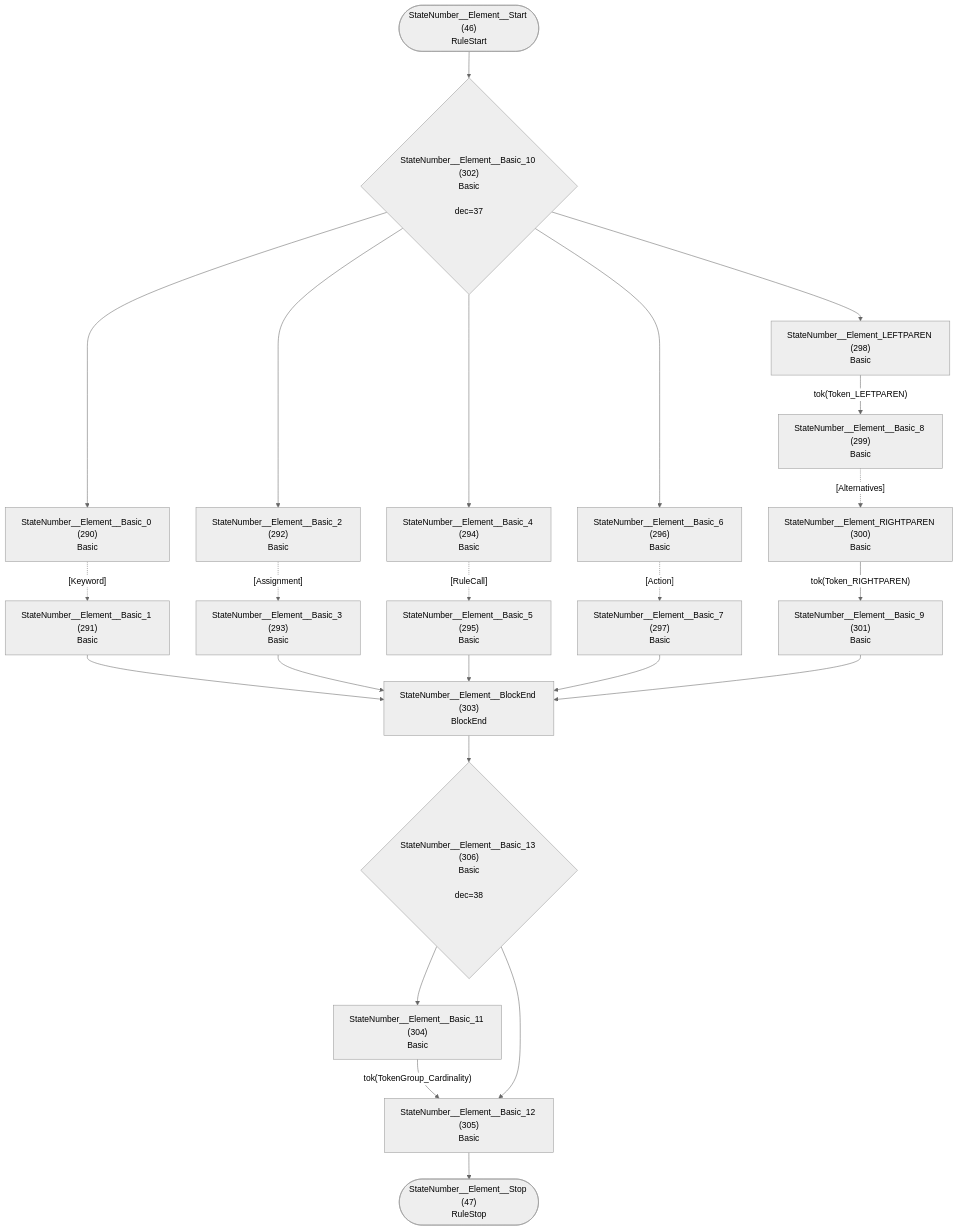
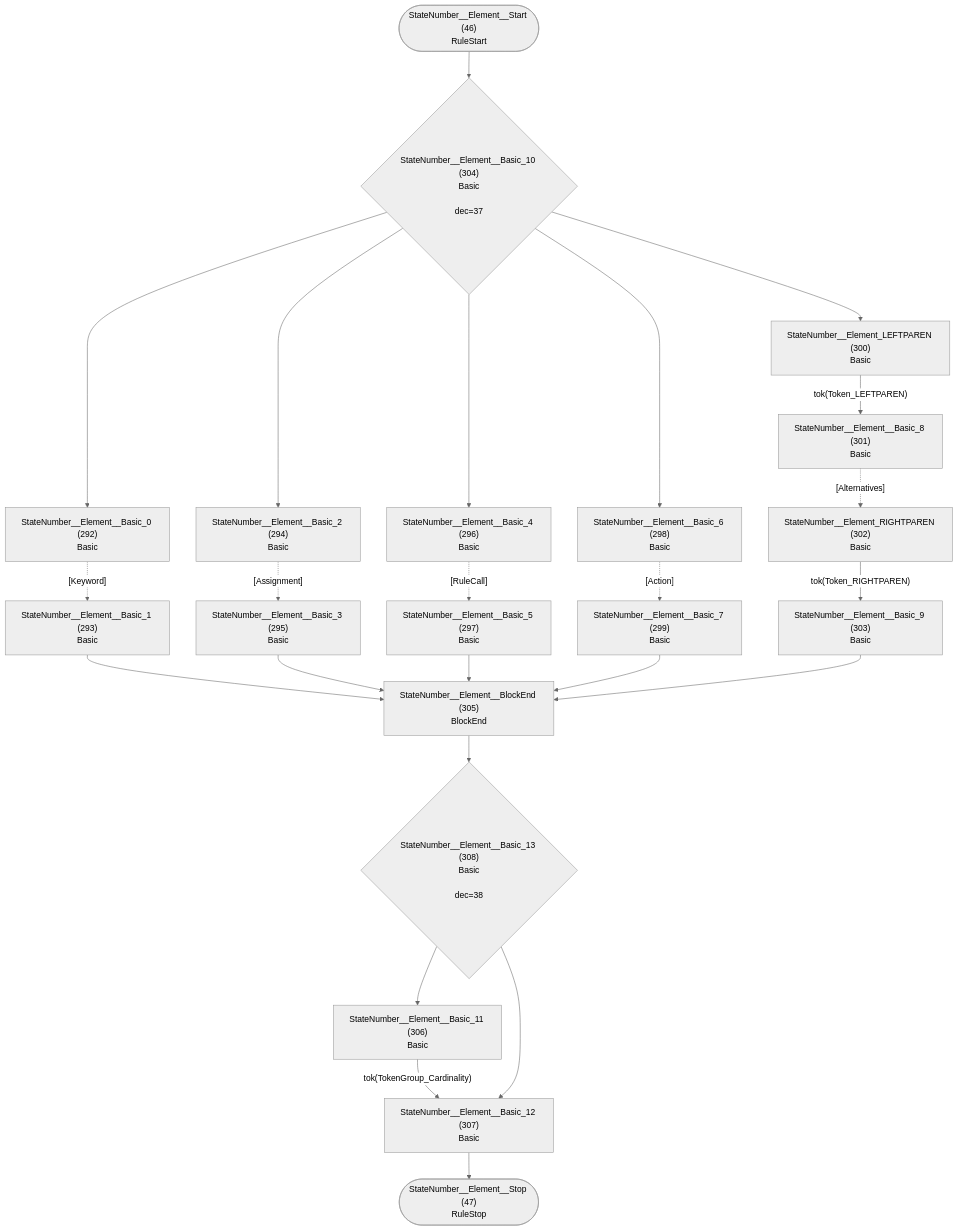
One commit to TypeFox/fastbelt changed diagram 24 of 36 in internal/grammar/atn.md. Above: the diagram before and after it, drawn with Mermaid (neutral theme). The commit also changed other lines of this file and 11 other files, not shown here.

````diff
--- a/internal/grammar/atn.md
+++ b/internal/grammar/atn.md
@@ -719,46 +723,46 @@
 ```mermaid
 flowchart TD
     q46(["StateNumber__Element__Start (46)<br/>RuleStart"])
     q47(["StateNumber__Element__Stop (47)<br/>RuleStop"])
-    q290["StateNumber__Element__Basic_0 (290)<br/>Basic<br/>"]
-    q291["StateNumber__Element__Basic_1 (291)<br/>Basic<br/>"]
-    q292["StateNumber__Element__Basic_2 (292)<br/>Basic<br/>"]
-    q293["StateNumber__Element__Basic_3 (293)<br/>Basic<br/>"]
-    q294["StateNumber__Element__Basic_4 (294)<br/>Basic<br/>"]
-    q295["StateNumber__Element__Basic_5 (295)<br/>Basic<br/>"]
-    q296["StateNumber__Element__Basic_6 (296)<br/>Basic<br/>"]
-    q297["StateNumber__Element__Basic_7 (297)<br/>Basic<br/>"]
-    q298["StateNumber__Element_LEFTPAREN (298)<br/>Basic<br/>"]
-    q299["StateNumber__Element__Basic_8 (299)<br/>Basic<br/>"]
-    q300["StateNumber__Element_RIGHTPAREN (300)<br/>Basic<br/>"]
-    q301["StateNumber__Element__Basic_9 (301)<br/>Basic<br/>"]
-    q302{"StateNumber__Element__Basic_10 (302)<br/>Basic<br/><br/>dec=37"}
-    q303["StateNumber__Element__BlockEnd (303)<br/>BlockEnd<br/>"]
-    q304["StateNumber__Element__Basic_11 (304)<br/>Basic<br/>"]
-    q305["StateNumber__Element__Basic_12 (305)<br/>Basic<br/>"]
-    q306{"StateNumber__Element__Basic_13 (306)<br/>Basic<br/><br/>dec=38"}
+    q292["StateNumber__Element__Basic_0 (292)<br/>Basic<br/>"]
+    q293["StateNumber__Element__Basic_1 (293)<br/>Basic<br/>"]
+    q294["StateNumber__Element__Basic_2 (294)<br/>Basic<br/>"]
+    q295["StateNumber__Element__Basic_3 (295)<br/>Basic<br/>"]
+    q296["StateNumber__Element__Basic_4 (296)<br/>Basic<br/>"]
+    q297["StateNumber__Element__Basic_5 (297)<br/>Basic<br/>"]
+    q298["StateNumber__Element__Basic_6 (298)<br/>Basic<br/>"]
+    q299["StateNumber__Element__Basic_7 (299)<br/>Basic<br/>"]
+    q300["StateNumber__Element_LEFTPAREN (300)<br/>Basic<br/>"]
+    q301["StateNumber__Element__Basic_8 (301)<br/>Basic<br/>"]
+    q302["StateNumber__Element_RIGHTPAREN (302)<br/>Basic<br/>"]
+    q303["StateNumber__Element__Basic_9 (303)<br/>Basic<br/>"]
+    q304{"StateNumber__Element__Basic_10 (304)<br/>Basic<br/><br/>dec=37"}
+    q305["StateNumber__Element__BlockEnd (305)<br/>BlockEnd<br/>"]
+    q306["StateNumber__Element__Basic_11 (306)<br/>Basic<br/>"]
+    q307["StateNumber__Element__Basic_12 (307)<br/>Basic<br/>"]
+    q308{"StateNumber__Element__Basic_13 (308)<br/>Basic<br/><br/>dec=38"}
 
-    q46 --> q302
-    q290 -.->|"[Keyword]"| q291
-    q291 --> q303
-    q292 -.->|"[Assignment]"| q293
-    q293 --> q303
-    q294 -.->|"[RuleCall]"| q295
-    q295 --> q303
-    q296 -.->|"[Action]"| q297
-    q297 --> q303
-    q298 -->|"tok(Token_LEFTPAREN)"| q299
-    q299 -.->|"[Alternatives]"| q300
-    q300 -->|"tok(Token_RIGHTPAREN)"| q301
-    q301 --> q303
-    q302 --> q290
-    q302 --> q292
-    q302 --> q294
-    q302 --> q296
-    q302 --> q298
-    q303 --> q306
-    q304 -->|"tok(TokenGroup_Cardinality)"| q305
-    q305 --> q47
-    q306 --> q304
-    q306 --> q305
+    q46 --> q304
+    q292 -.->|"[Keyword]"| q293
+    q293 --> q305
+    q294 -.->|"[Assignment]"| q295
+    q295 --> q305
+    q296 -.->|"[RuleCall]"| q297
+    q297 --> q305
+    q298 -.->|"[Action]"| q299
+    q299 --> q305
+    q300 -->|"tok(Token_LEFTPAREN)"| q301
+    q301 -.->|"[Alternatives]"| q302
+    q302 -->|"tok(Token_RIGHTPAREN)"| q303
+    q303 --> q305
+    q304 --> q292
+    q304 --> q294
+    q304 --> q296
+    q304 --> q298
+    q304 --> q300
+    q305 --> q308
+    q306 -->|"tok(TokenGroup_Cardinality)"| q307
+    q307 --> q47
+    q308 --> q306
+    q308 --> q307
 ```
````
